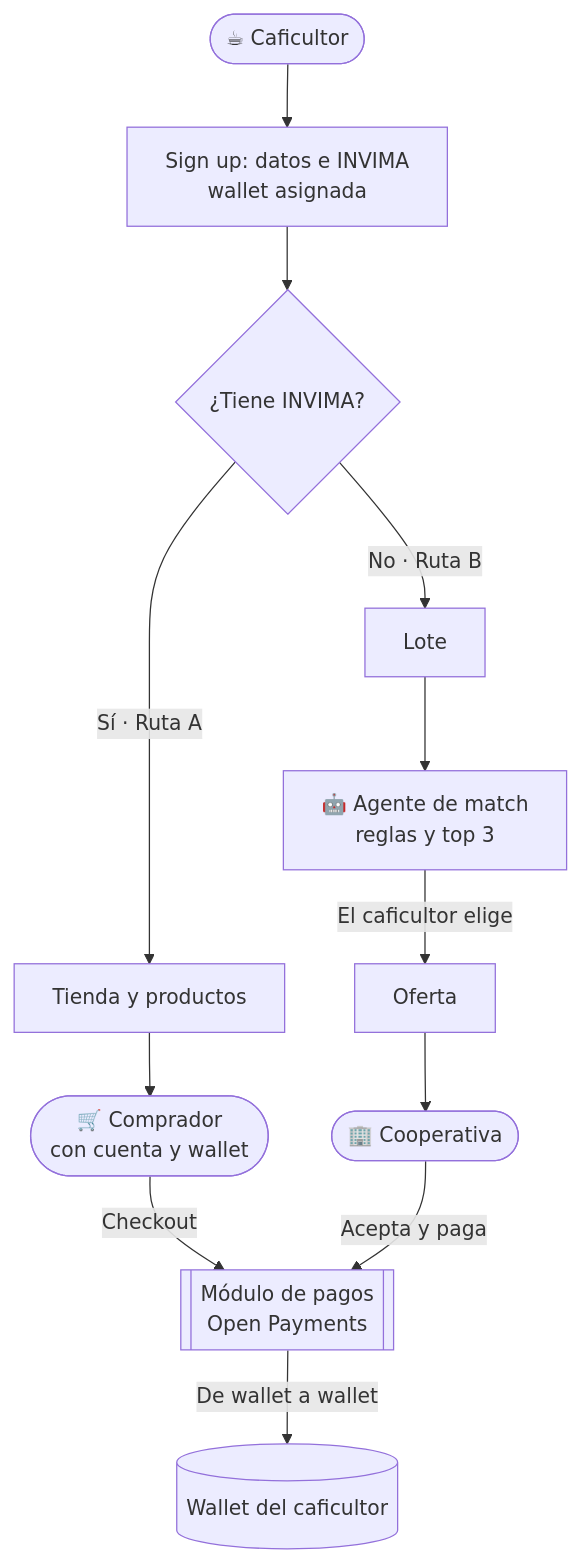
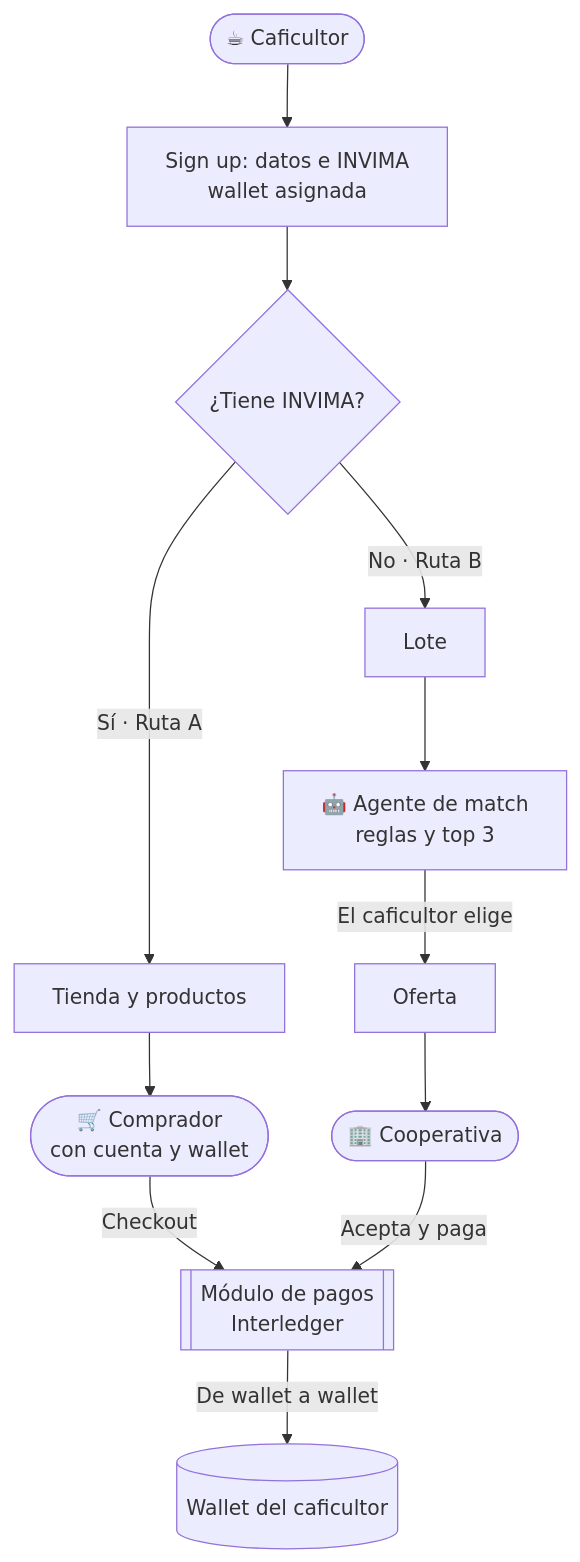
One commit to SalazarDukeImpactHub/terracierta-by-onyx changed the first of 2 diagrams in README.md. Above: the diagram before and after it, drawn with Mermaid. The commit also changed other lines of this file and 2 other files, not shown here.

Commit message:
docs: logos e Interledger en README, AI_USAGE y prompts

````diff
--- a/README.md
+++ b/README.md
@@ -81,14 +85,14 @@
 ```mermaid
 flowchart TB
   F([☕ Caficultor]) --> L[Sign up: datos e INVIMA<br/>wallet asignada]
   L --> Q{¿Tiene INVIMA?}
   Q -->|Sí · Ruta A| T[Tienda y productos]
   T --> C([🛒 Comprador<br/>con cuenta y wallet])
-  C -->|Checkout| P[[Módulo de pagos<br/>Open Payments]]
+  C -->|Checkout| P[[Módulo de pagos<br/>Interledger]]
   Q -->|No · Ruta B| LO[Lote]
   LO --> A[🤖 Agente de match<br/>reglas y top 3]
   A -->|El caficultor elige| O[Oferta]
   O --> K([🏢 Cooperativa])
   K -->|Acepta y paga| P
   P -->|De wallet a wallet| W[(Wallet del caficultor)]
 ```
````
